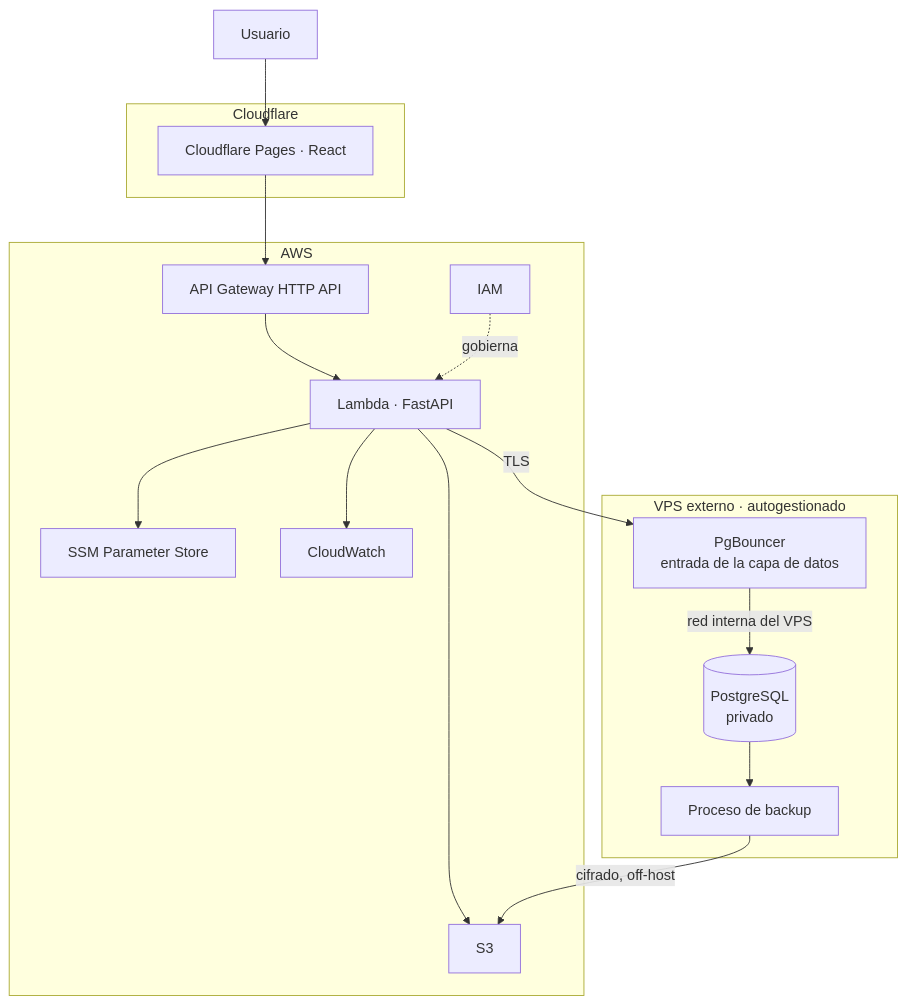
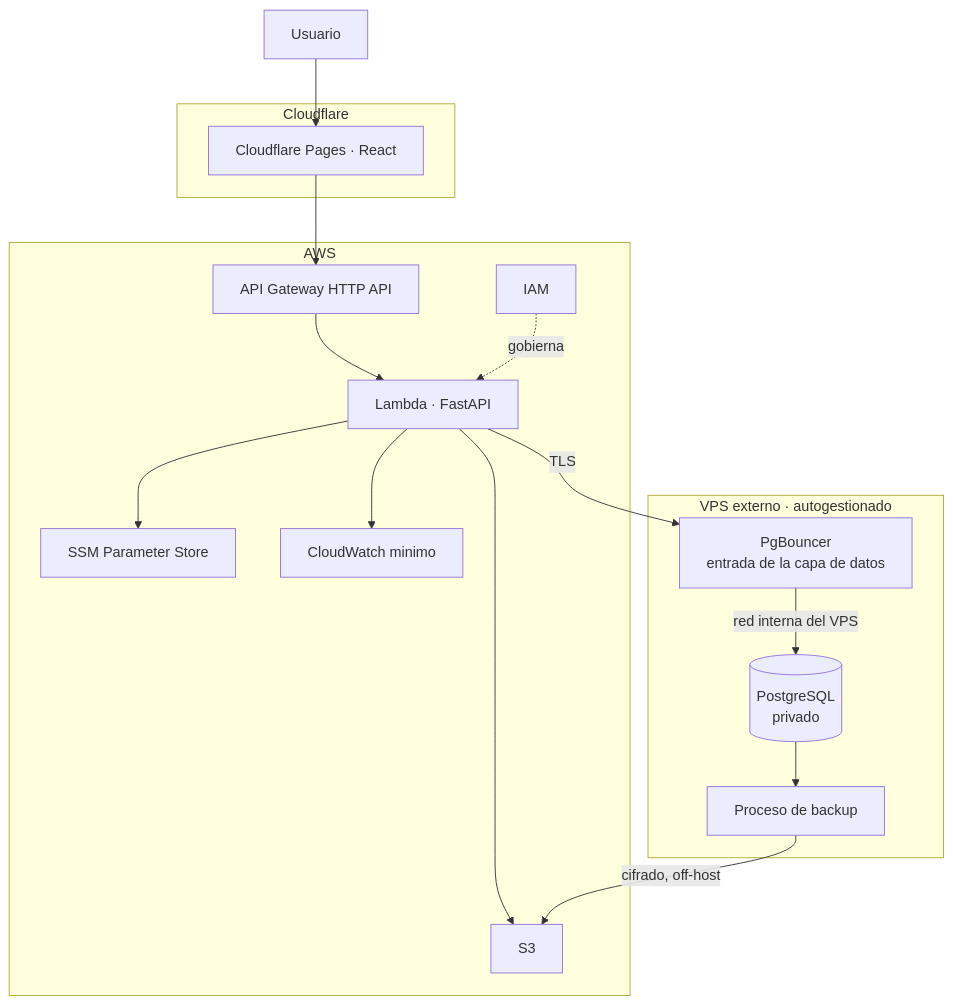
Before and after one commit to jeffersondavila/personal-blog-infra: the first of 7 diagrams in docs/architecture/production-postgresql-vps.md, drawn with Mermaid. The commit also changed other lines of this file and 19 other files, not shown here.

````diff
--- a/docs/architecture/production-postgresql-vps.md
+++ b/docs/architecture/production-postgresql-vps.md
@@ -74,35 +74,35 @@
 ```mermaid
 flowchart TD
     USER["Usuario"]
 
     subgraph CF["Cloudflare"]
         FE["Cloudflare Pages · React"]
     end
 
     subgraph AWS["AWS"]
         APIGW["API Gateway HTTP API"]
         LAMBDA["Lambda · FastAPI"]
         S3["S3"]
         SSM["SSM Parameter Store"]
-        CW["CloudWatch"]
+        CW["CloudWatch minimo"]
         IAM["IAM"]
     end
 
     subgraph VPS["VPS externo · autogestionado"]
         PGB["PgBouncer<br/>entrada de la capa de datos"]
         PG[("PostgreSQL<br/>privado")]
         BK["Proceso de backup"]
     end
 
     USER --> FE
     FE --> APIGW
     APIGW --> LAMBDA
     LAMBDA --> S3
     LAMBDA --> SSM
     LAMBDA --> CW
     IAM -.gobierna.-> LAMBDA
     LAMBDA -->|"TLS"| PGB
     PGB -->|"red interna del VPS"| PG
     PG --> BK
     BK -->|"cifrado, off-host"| S3
 ```
````
